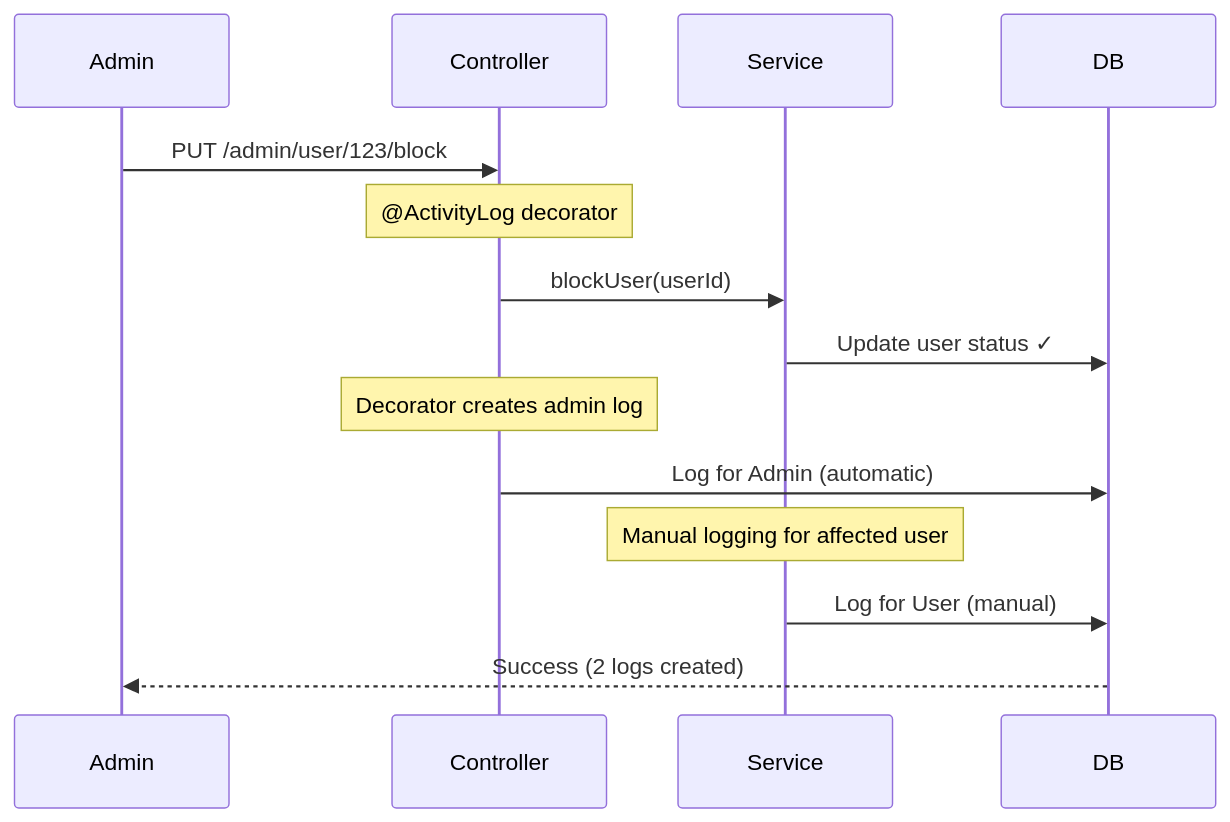
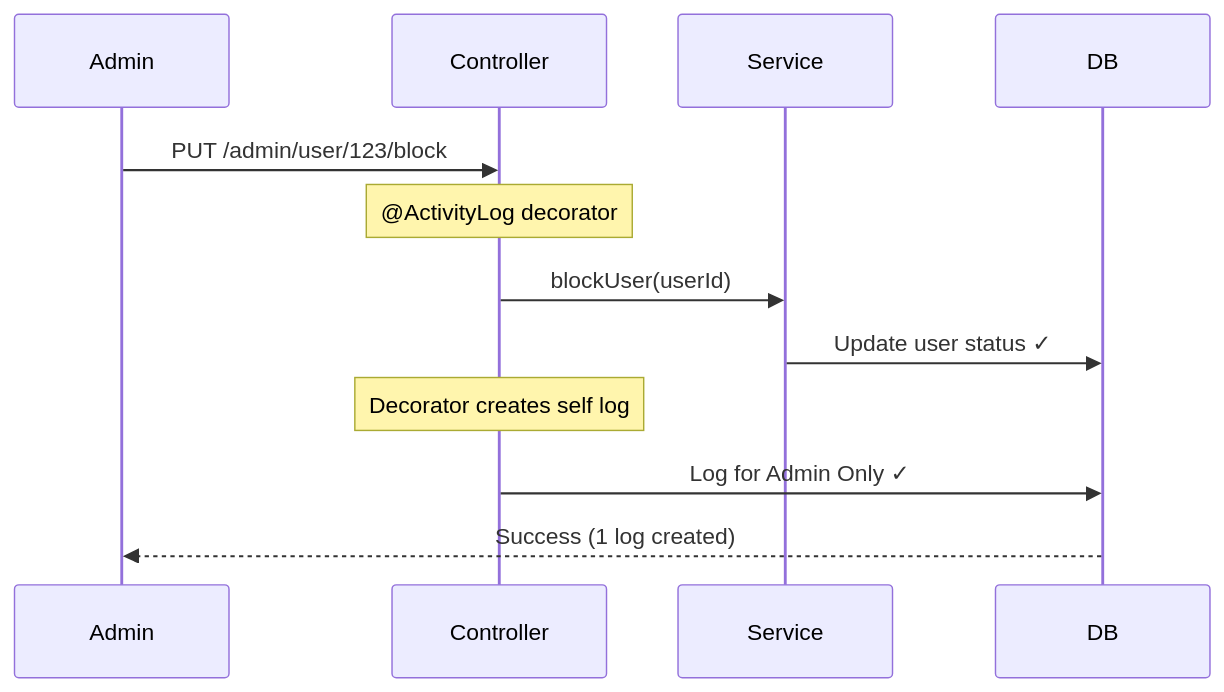
One commit to andrechristikan/ack-nestjs-boilerplate changed the third of 3 diagrams in docs/activity-log.md. Above: the diagram before and after it, drawn with Mermaid. The commit also changed other lines of this file and 22 other files, not shown here.

````diff
--- a/docs/activity-log.md
+++ b/docs/activity-log.md
@@ -151,17 +114,15 @@
 ```mermaid
 sequenceDiagram
     participant Admin
     participant Controller
     participant Service
     participant DB
     
     Admin->>Controller: PUT /admin/user/123/block
     Note over Controller: @ActivityLog decorator
     Controller->>Service: blockUser(userId)
     Service->>DB: Update user status ✓
-    Note over Controller: Decorator creates admin log
-    Controller->>DB: Log for Admin (automatic)
-    Note over Service: Manual logging for affected user
-    Service->>DB: Log for User (manual)
-    DB-->>Admin: Success (2 logs created)
+    Note over Controller: Decorator creates self log
+    Controller->>DB: Log for Admin Only ✓
+    DB-->>Admin: Success (1 log created)
 ```
````
